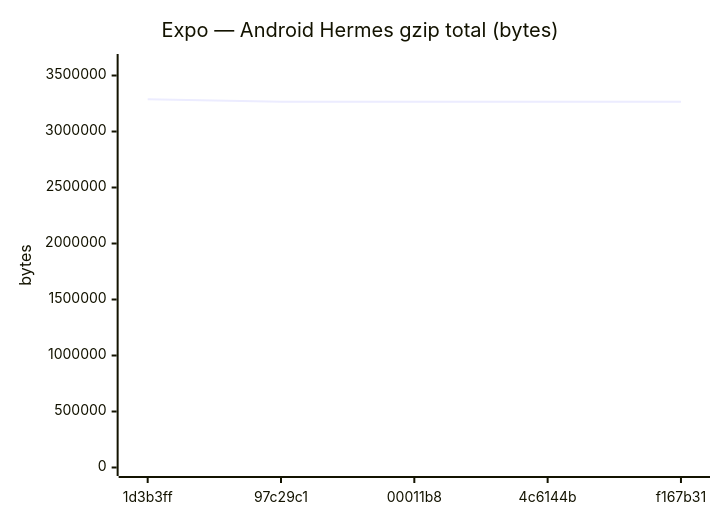
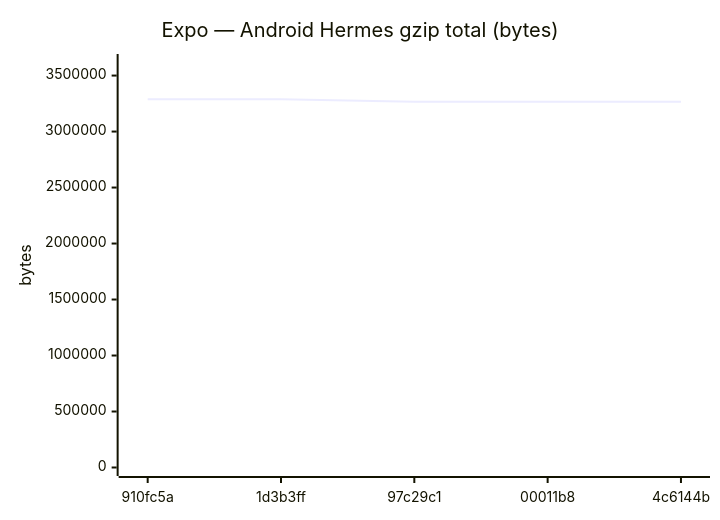
One commit to Metaheurist/Rianell changed diagram 11 of 18 in benchmarks/compare.md. Above: the diagram before and after it, drawn with Mermaid. The commit also changed other lines of this file and 11 other files, not shown here.

````diff
--- a/benchmarks/compare.md
+++ b/benchmarks/compare.md
@@ -172,7 +172,7 @@
 ```mermaid
 xychart-beta
     title "Expo — Android Hermes gzip total (bytes)"
-    x-axis ["1d3b3ff", "97c29c1", "00011b8", "4c6144b", "f167b31"]
-    y-axis "bytes" 0 --> 3616167
-    line [3287424, 3266092, 3266094, 3266092, 3266093]
+    x-axis ["910fc5a", "1d3b3ff", "97c29c1", "00011b8", "4c6144b"]
+    y-axis "bytes" 0 --> 3616656
+    line [3287869, 3287424, 3266092, 3266094, 3266092]
 ```
````
